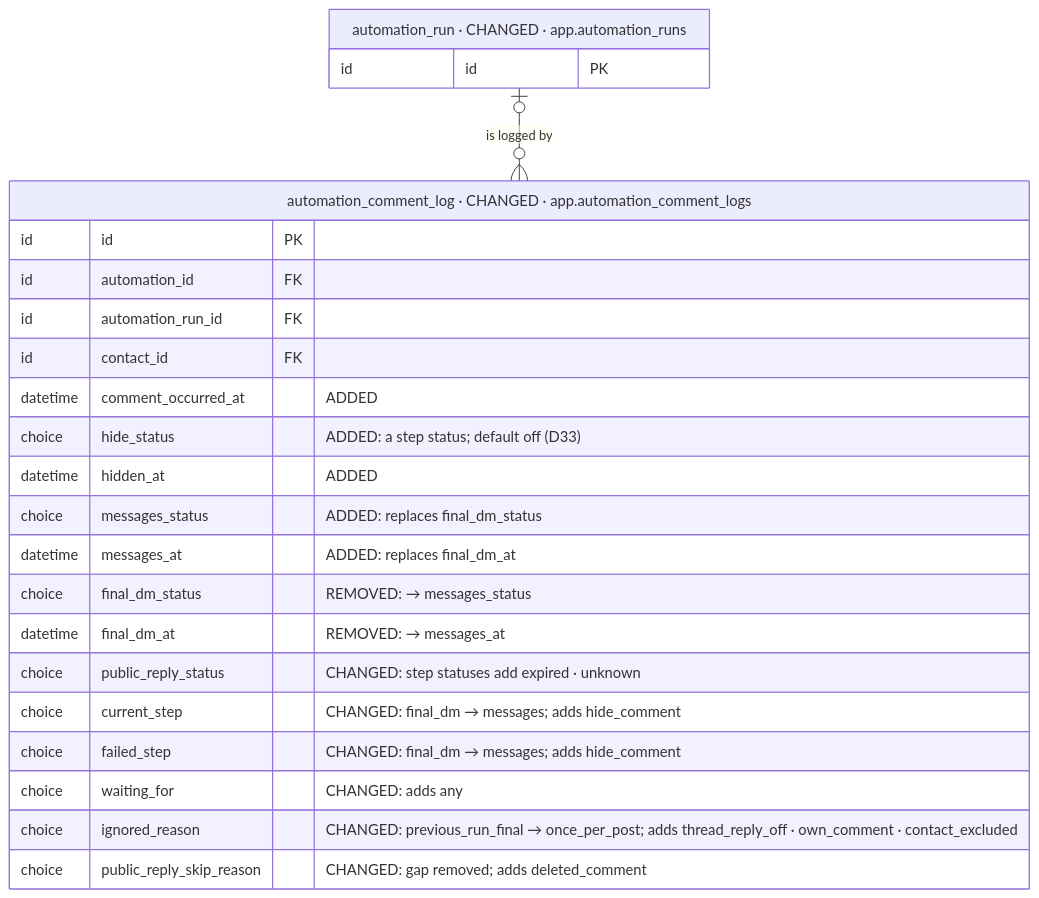
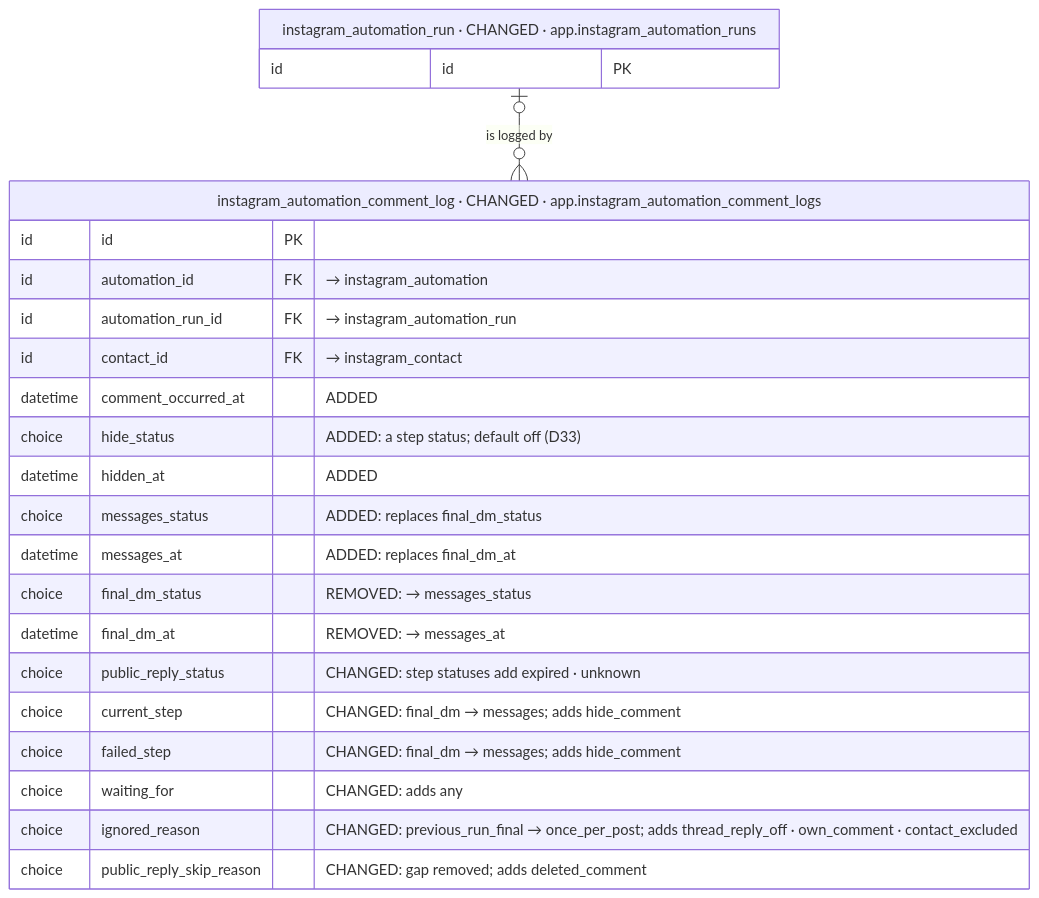
Before and after one commit to albetrios/meepzo-be: diagram 17 of 40 in iterations/feat-instagram-dm-sending-2026-11-23-oxak/plans/db-changes.md, drawn with Mermaid. The commit also changed other lines of this file and 3 other files, not shown here.

````diff
--- a/iterations/feat-instagram-dm-sending-2026-11-23-oxak/plans/db-changes.md
+++ b/iterations/feat-instagram-dm-sending-2026-11-23-oxak/plans/db-changes.md
@@ -802,26 +929,26 @@
 ```mermaid
 erDiagram
-  automation_comment_log["automation_comment_log · CHANGED · app.automation_comment_logs"] {
+  instagram_automation_comment_log["instagram_automation_comment_log · CHANGED · app.instagram_automation_comment_logs"] {
     id id PK
-    id automation_id FK
-    id automation_run_id FK
-    id contact_id FK
+    id automation_id FK "→ instagram_automation"
+    id automation_run_id FK "→ instagram_automation_run"
+    id contact_id FK "→ instagram_contact"
     datetime comment_occurred_at "ADDED"
     choice hide_status "ADDED: a step status; default off (D33)"
     datetime hidden_at "ADDED"
     choice messages_status "ADDED: replaces final_dm_status"
     datetime messages_at "ADDED: replaces final_dm_at"
     choice final_dm_status "REMOVED: → messages_status"
     datetime final_dm_at "REMOVED: → messages_at"
     choice public_reply_status "CHANGED: step statuses add expired · unknown"
     choice current_step "CHANGED: final_dm → messages; adds hide_comment"
     choice failed_step "CHANGED: final_dm → messages; adds hide_comment"
     choice waiting_for "CHANGED: adds any"
     choice ignored_reason "CHANGED: previous_run_final → once_per_post; adds thread_reply_off · own_comment · contact_excluded"
     choice public_reply_skip_reason "CHANGED: gap removed; adds deleted_comment"
   }
-  automation_run["automation_run · CHANGED · app.automation_runs"] {
+  instagram_automation_run["instagram_automation_run · CHANGED · app.instagram_automation_runs"] {
     id id PK
   }
-  automation_run |o--o{ automation_comment_log : "is logged by"
+  instagram_automation_run |o--o{ instagram_automation_comment_log : "is logged by"
 ```
````
